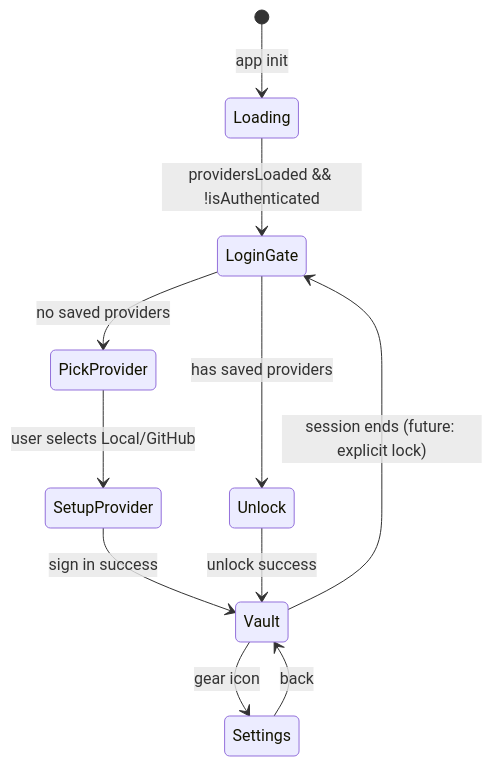
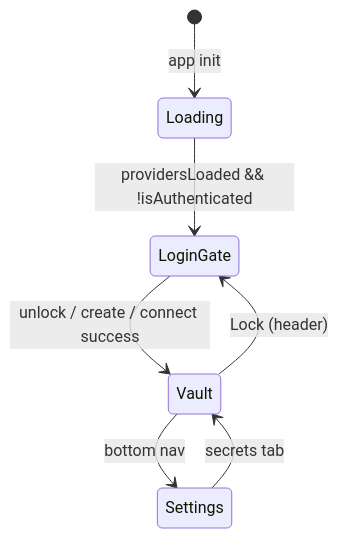
The diagram in .cortex/design-docs/auth-providers.md (meta-secret/nook), drawn with Mermaid before and after one commit. The commit also changed other lines of this file and 46 other files, not shown here.

First line of the commit message:
Polish unified vault UX: sync reconcile on connect, legal pages, and session lock.

````diff
--- a/.cortex/design-docs/auth-providers.md
+++ b/.cortex/design-docs/auth-providers.md
@@ -47,13 +46,9 @@
 ```mermaid
 stateDiagram-v2
   [*] --> Loading: app init
   Loading --> LoginGate: providersLoaded && !isAuthenticated
-  LoginGate --> PickProvider: no saved providers
-  LoginGate --> Unlock: has saved providers
-  PickProvider --> SetupProvider: user selects Local/GitHub
-  SetupProvider --> Vault: sign in success
-  Unlock --> Vault: unlock success
-  Vault --> LoginGate: session ends (future: explicit lock)
-  Vault --> Settings: gear icon
-  Settings --> Vault: back
+  LoginGate --> Vault: unlock / create / connect success
+  Vault --> LoginGate: Lock (header)
+  Vault --> Settings: bottom nav
+  Settings --> Vault: secrets tab
 ```
````
